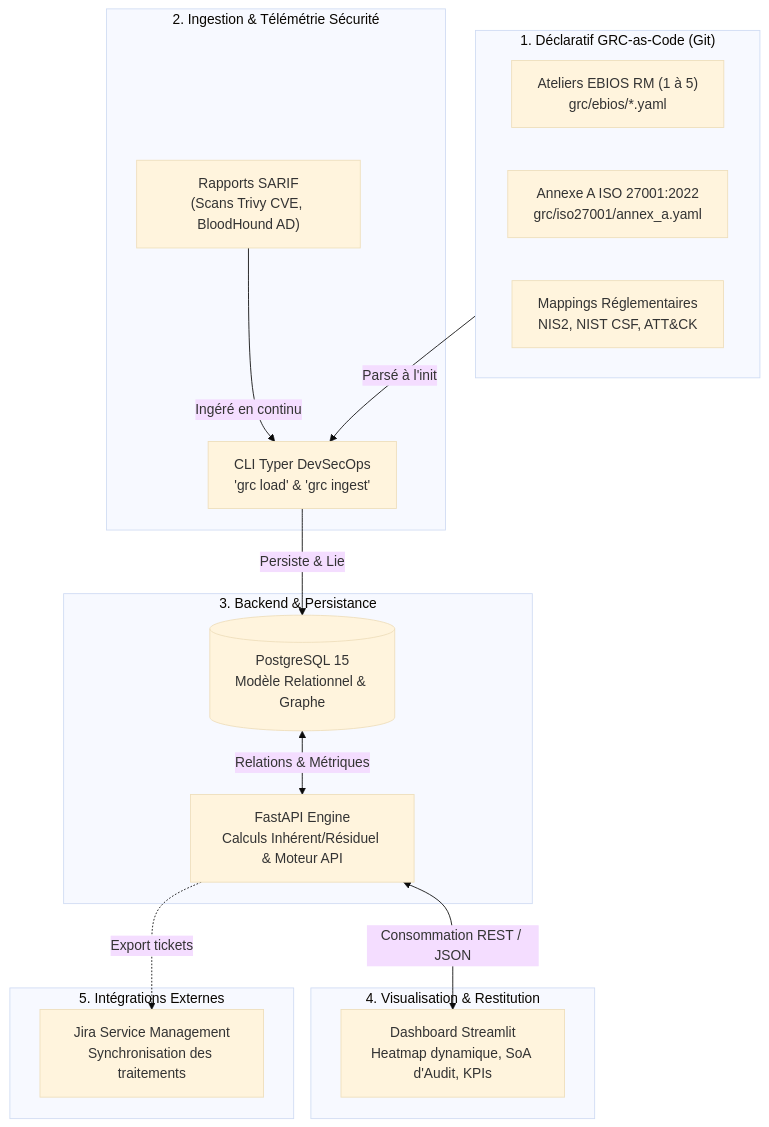
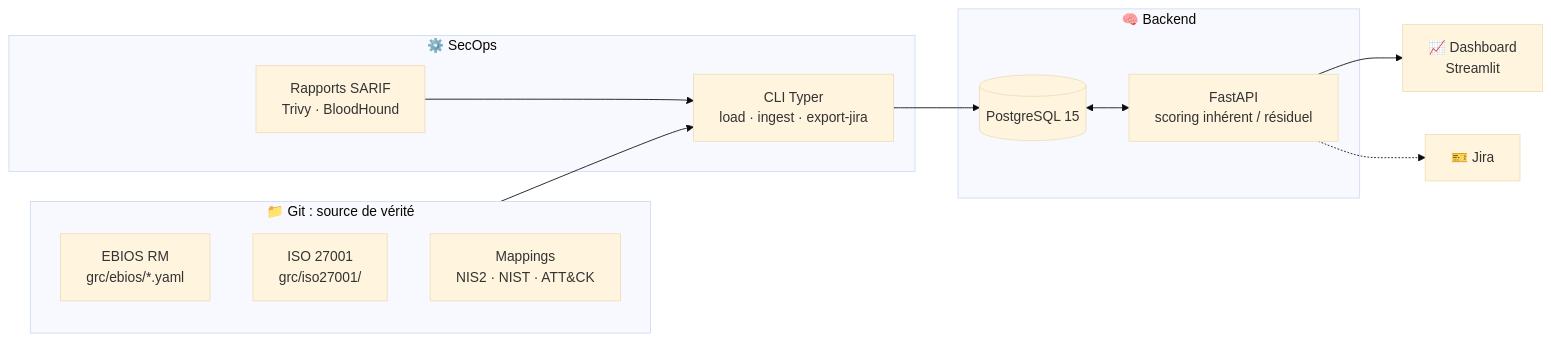
Before and after one commit to h-4mza/grc-as-code-imaging-center: the diagram in README.md, drawn with Mermaid (base theme). The commit also changed other lines of this file, not shown here.

Commit message:
docs(readme): polish and update README structure, roadmap, and quickstart commands

````diff
--- a/README.md
+++ b/README.md
@@ -23,33 +79,28 @@
 ```mermaid
-flowchart TD
-    subgraph Git ["1. Déclaratif GRC-as-Code (Git)"]
-        EBIOS["Ateliers EBIOS RM (1 à 5)<br>grc/ebios/*.yaml"]
-        ISO["Annexe A ISO 27001:2022<br>grc/iso27001/annex_a.yaml"]
-        MAP["Mappings Réglementaires<br>NIS2, NIST CSF, ATT&CK"]
+flowchart LR
+    subgraph Git["📁 Git : source de vérité"]
+        EBIOS["EBIOS RM<br>grc/ebios/*.yaml"]
+        ISO["ISO 27001<br>grc/iso27001/"]
+        MAP["Mappings<br>NIS2 · NIST · ATT&CK"]
     end
 
-    subgraph SecOps ["2. Ingestion & Télémétrie Sécurité"]
-        SARIF["Rapports SARIF<br>(Scans Trivy CVE, BloodHound AD)"]
-        CLI["CLI Typer DevSecOps<br>'grc load' & 'grc ingest'"]
+    subgraph Ops["⚙️ SecOps"]
+        SARIF["Rapports SARIF<br>Trivy · BloodHound"]
+        CLI["CLI Typer<br>load · ingest · export-jira"]
     end
 
-    subgraph Core ["3. Backend & Persistance"]
-        DB[("PostgreSQL 15<br>Modèle Relationnel & Graphe")]
-        API["FastAPI Engine<br>Calculs Inhérent/Résiduel & Moteur API"]
+    subgraph Core["🧠 Backend"]
+        DB[("PostgreSQL 15")]
+        API["FastAPI<br>scoring inhérent / résiduel"]
     end
 
-    subgraph Front ["4. Visualisation & Restitution"]
-        DASH["Dashboard Streamlit<br>Heatmap dynamique, SoA d'Audit, KPIs"]
-    end
+    DASH["📈 Dashboard<br>Streamlit"]
+    JIRA["🎫 Jira"]
 
-    subgraph Ext ["5. Intégrations Externes"]
-        JIRA["Jira Service Management<br>Synchronisation des traitements"]
-    end
-
-    Git -->|Parsé à l'init| CLI
-    SARIF -->|Ingéré en continu| CLI
-    CLI -->|Persiste & Lie| DB
-    DB <-->|Relations & Métriques| API
-    API <-->|Consommation REST / JSON| DASH
-    API -.->|Export tickets| JIRA
+    Git --> CLI
+    SARIF --> CLI
+    CLI --> DB
+    DB <--> API
+    API --> DASH
+    API -.-> JIRA
 ```
````
